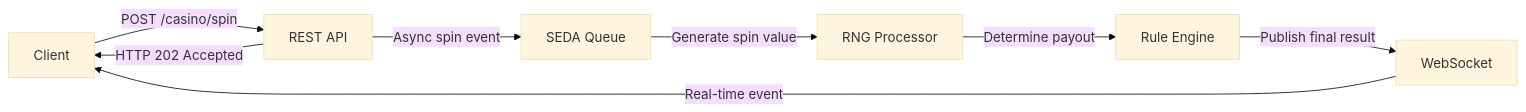
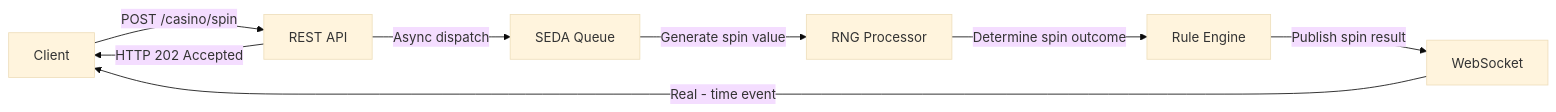
One commit to sdurrenmatt/camel-in-practice changed the diagram in exercises/casino/INSTRUCTIONS.md. Above: the diagram before and after it, drawn with Mermaid (base theme). The commit also changed other lines of this file and 11 other files, not shown here.

````diff
--- a/exercises/casino/INSTRUCTIONS.md
+++ b/exercises/casino/INSTRUCTIONS.md
@@ -10,10 +10,10 @@
 ```mermaid
 flowchart LR
     Client -->|POST /casino/spin| REST[REST API]
     REST -->|HTTP 202 Accepted| Client
-    REST -->|Async spin event| SEDA[SEDA Queue]
+    REST -->|Async dispatch| SEDA[SEDA Queue]
     SEDA -->|Generate spin value| RNG[RNG Processor]
-    RNG -->|Determine payout| RULES[Rule Engine]
-    RULES -->|Publish final result| WS[WebSocket]
-    WS -->|Real-time event| Client
+    RNG -->|Determine spin outcome| RULES[Rule Engine]
+    RULES -->|Publish spin result| WS[WebSocket]
+    WS -->|Real - time event| Client
 ```
````
